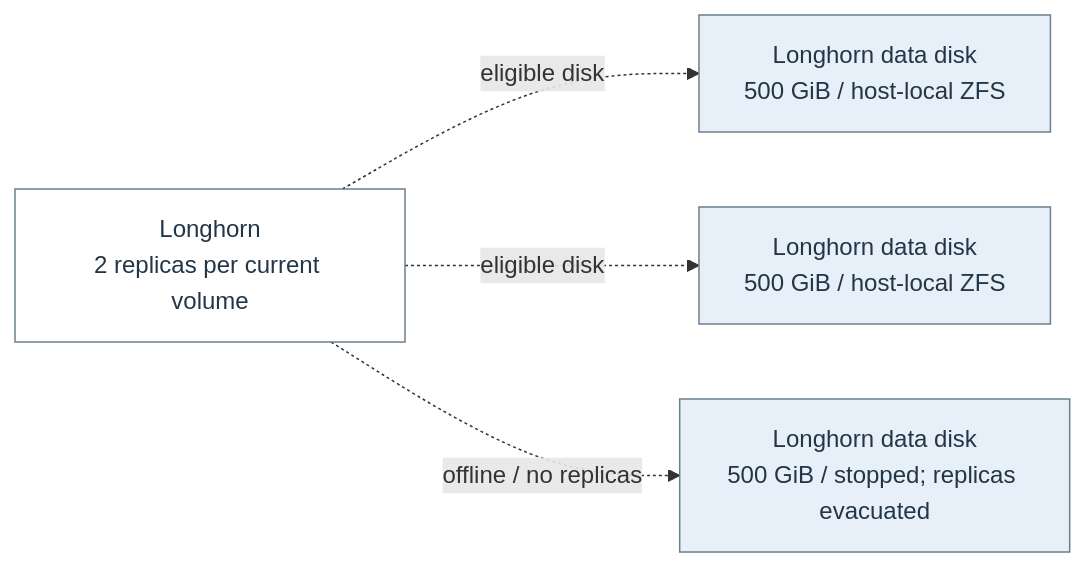
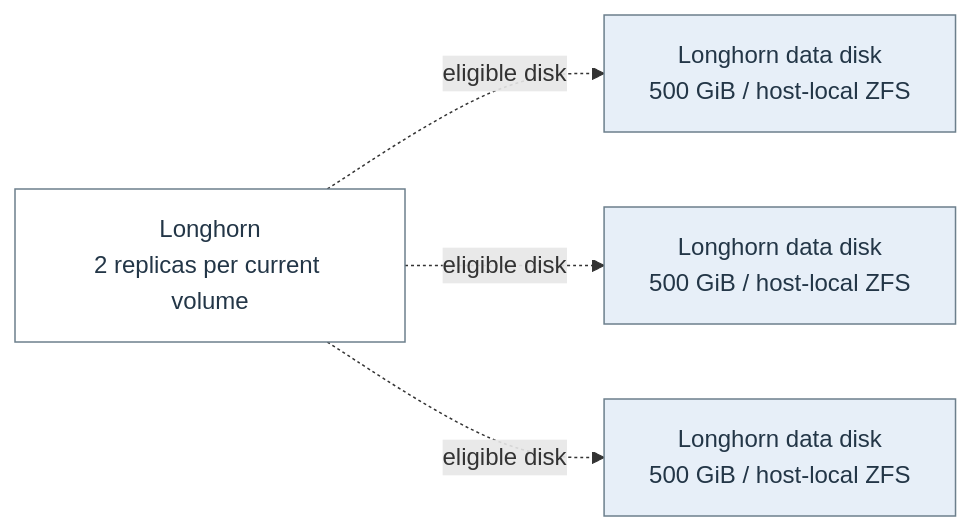
One commit to Harsh-2002/Homelab changed diagram 22 of 22 in docs/architecture/homelab-mermaid.md. Above: the diagram before and after it, drawn with Mermaid. The commit also changed other lines of this file and 70 other files, not shown here.

````diff
--- a/docs/architecture/homelab-mermaid.md
+++ b/docs/architecture/homelab-mermaid.md
@@ -620,14 +620,14 @@
 ```mermaid
 flowchart LR
   n_flow_19_0["Longhorn<br/>2 replicas per current volume"]
   n_flow_19_1["Longhorn data disk<br/>500 GiB / host-local ZFS"]
   n_flow_19_2["Longhorn data disk<br/>500 GiB / host-local ZFS"]
-  n_flow_19_3["Longhorn data disk<br/>500 GiB / stopped; replicas evacuated"]
+  n_flow_19_3["Longhorn data disk<br/>500 GiB / host-local ZFS"]
   n_flow_19_0 -.->|"eligible disk"| n_flow_19_1
   n_flow_19_0 -.->|"eligible disk"| n_flow_19_2
-  n_flow_19_0 -.->|"offline / no replicas"| n_flow_19_3
+  n_flow_19_0 -.->|"eligible disk"| n_flow_19_3
   classDef c_flow_19_0 fill:#ffffff,stroke:#6c7f8c,color:#233647;
   class n_flow_19_0 c_flow_19_0;
   classDef c_flow_19_1 fill:#e7eff8,stroke:#6c7f8c,color:#233647;
   class n_flow_19_1,n_flow_19_2,n_flow_19_3 c_flow_19_1;
 ```
````
